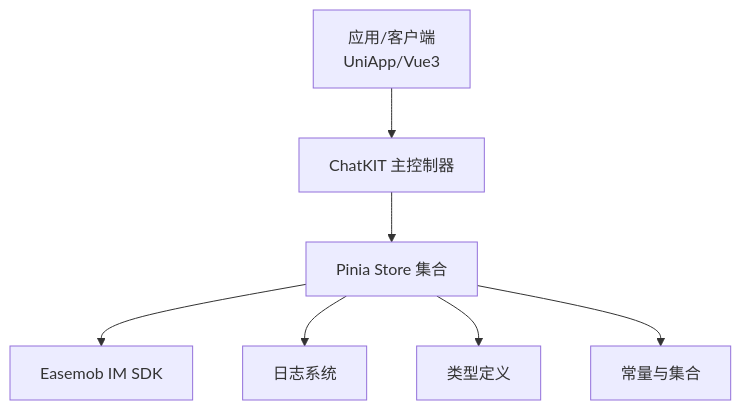
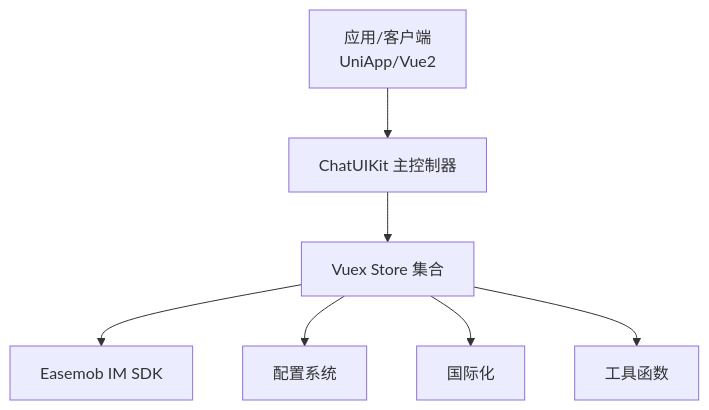
Before and after one commit to Easemob-Community/easemob-uikit-uniapp-community: the seventh of 8 diagrams in .qoder/repowiki/zh/content/核心架构/核心架构.md, drawn with Mermaid. The commit also changed other lines of this file and 14 other files, not shown here.

First line of the commit message:
docs(vue2): 添加平台兼容性说明，强调仅支持 H5/App/微信小程序

````diff
--- a/.qoder/repowiki/zh/content/核心架构/核心架构.md
+++ b/.qoder/repowiki/zh/content/核心架构/核心架构.md
@@ -370,9 +474,9 @@
 ```mermaid
 graph TB
-App["应用/客户端<br/>UniApp/Vue3"] --> ChatKIT["ChatKIT 主控制器"]
-ChatKIT --> Stores["Pinia Store 集合"]
-Stores --> SDK["Easemob IM SDK"]
-Stores --> Log["日志系统"]
-Stores --> Types["类型定义"]
-Stores --> Const["常量与集合"]
+App["应用/客户端<br/>UniApp/Vue2"] --> ChatUIKit["ChatUIKit 主控制器"]
+ChatUIKit --> VuexStore["Vuex Store 集合"]
+VuexStore --> SDK["Easemob IM SDK"]
+VuexStore --> Config["配置系统"]
+VuexStore --> I18n["国际化"]
+VuexStore --> Utils["工具函数"]
 ```
````
